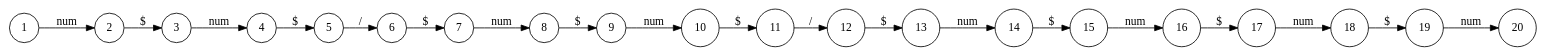
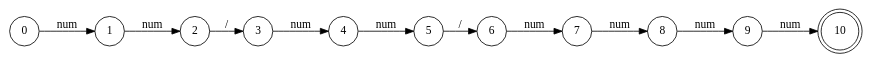
The diagram in OLC1_Proyecto1_201900629/DOT/fechaAFN.dot (SolisMario/OLC1_Proyecto1_201900629), drawn with Graphviz before and after one commit. The commit also changed 42 other files, not shown here.

```diff
--- a/OLC1_Proyecto1_201900629/DOT/fechaAFN.dot
+++ b/OLC1_Proyecto1_201900629/DOT/fechaAFN.dot
@@ -1,42 +1,15 @@
 digraph afd {
 rankdir=LR;
-"nodo1"[shape=circle,label="1"]
-"nodo2"[shape=circle,label="2"]
-"nodo1"->"nodo2"[label="num"]
-"nodo3"[shape=circle,label="3"]
-"nodo4"[shape=circle,label="4"]
-"nodo3"->"nodo4"[label="num"]
-"nodo5"[shape=circle,label="5"]
-"nodo6"[shape=circle,label="6"]
-"nodo5"->"nodo6"[label="/"]
-"nodo7"[shape=circle,label="7"]
-"nodo8"[shape=circle,label="8"]
-"nodo7"->"nodo8"[label="num"]
-"nodo9"[shape=circle,label="9"]
-"nodo10"[shape=circle,label="10"]
-"nodo9"->"nodo10"[label="num"]
-"nodo11"[shape=circle,label="11"]
-"nodo12"[shape=circle,label="12"]
-"nodo11"->"nodo12"[label="/"]
-"nodo13"[shape=circle,label="13"]
-"nodo14"[shape=circle,label="14"]
-"nodo13"->"nodo14"[label="num"]
-"nodo15"[shape=circle,label="15"]
-"nodo16"[shape=circle,label="16"]
-"nodo15"->"nodo16"[label="num"]
-"nodo17"[shape=circle,label="17"]
-"nodo18"[shape=circle,label="18"]
-"nodo17"->"nodo18"[label="num"]
-"nodo19"[shape=circle,label="19"]
-"nodo20"[shape=circle,label="20"]
-"nodo19"->"nodo20"[label="num"]
-"nodo18"->"nodo19"[label="$"]
-"nodo16"->"nodo17"[label="$"]
-"nodo14"->"nodo15"[label="$"]
-"nodo12"->"nodo13"[label="$"]
-"nodo10"->"nodo11"[label="$"]
-"nodo8"->"nodo9"[label="$"]
-"nodo6"->"nodo7"[label="$"]
-"nodo4"->"nodo5"[label="$"]
-"nodo2"->"nodo3"[label="$"]
+node [shape=circle];
+"0"->"1"[label="num"]
+"1"->"2"[label="num"]
+"2"->"3"[label="/"]
+"3"->"4"[label="num"]
+"4"->"5"[label="num"]
+"5"->"6"[label="/"]
+"6"->"7"[label="num"]
+"7"->"8"[label="num"]
+"8"->"9"[label="num"]
+"9"->"10"[label="num"]
+10[shape=doublecircle,label=10]
 }
```
